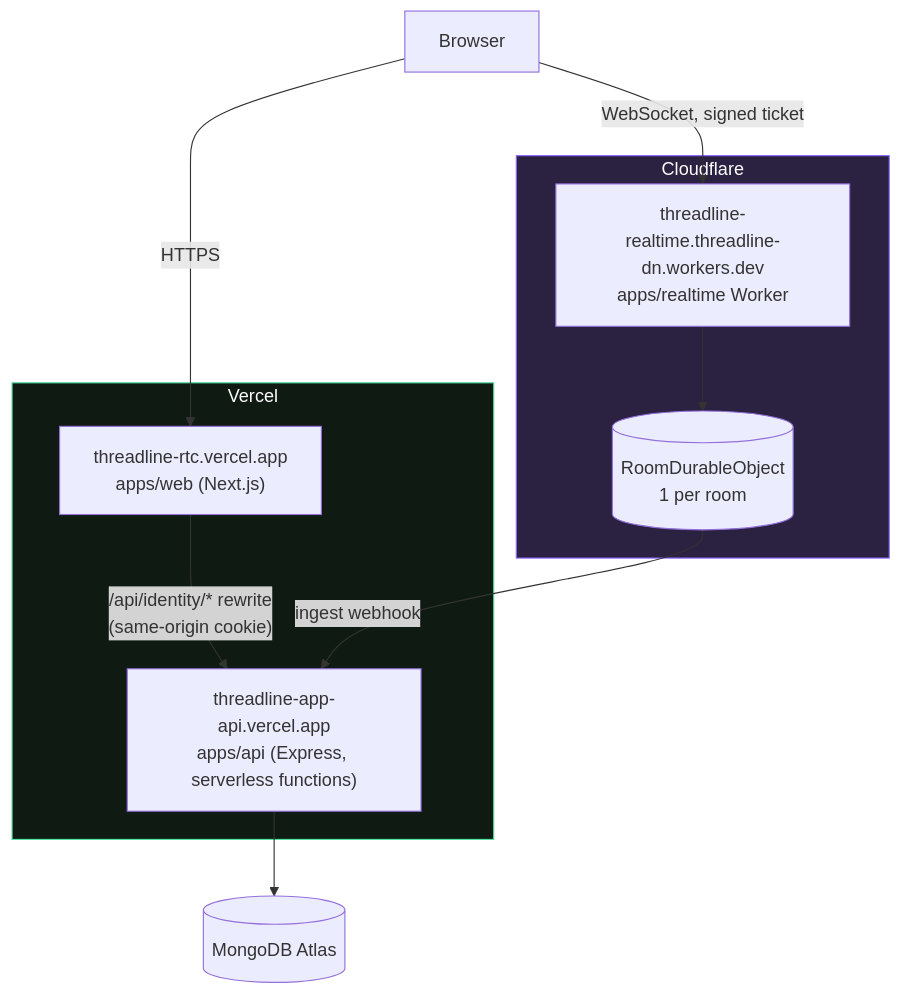
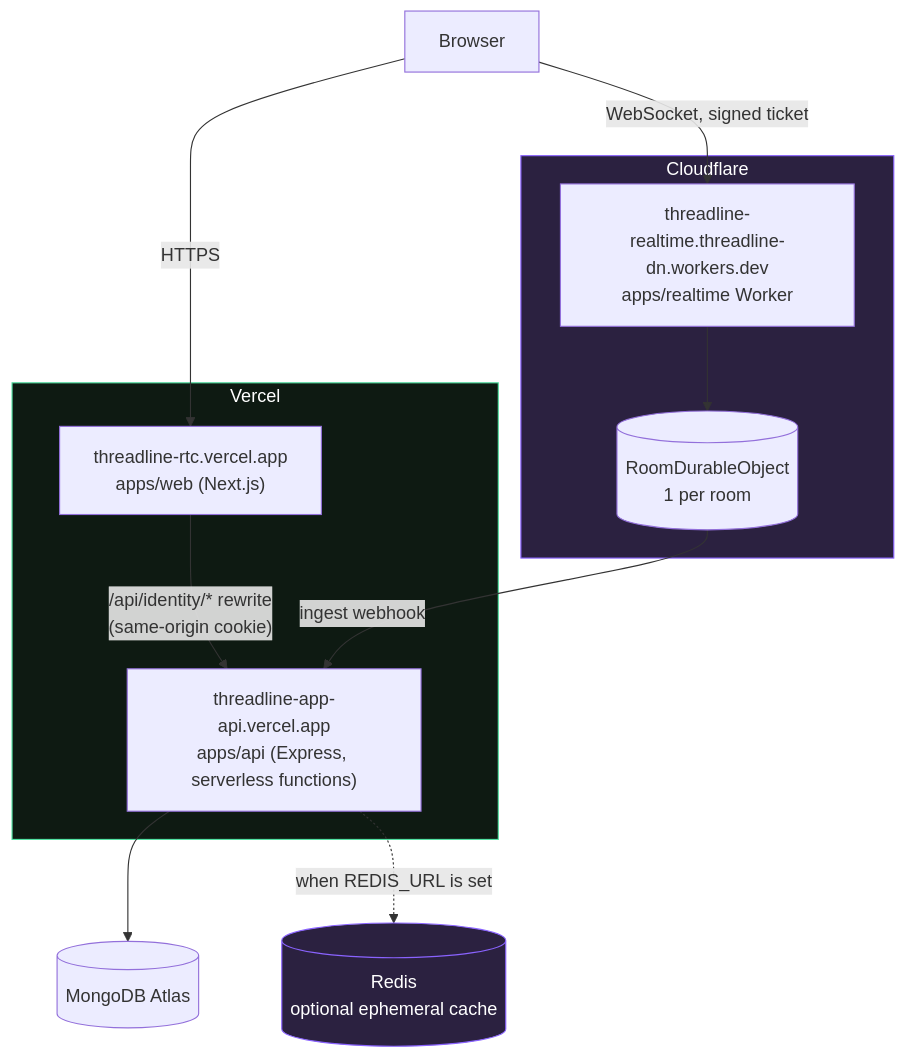
One commit to hoangsonww/Threadline-RealTime-Collab changed the eighth of 8 diagrams in docs/architecture.md. Above: the diagram before and after it, drawn with Mermaid. The commit also changed other lines of this file and 17 other files, not shown here.

````diff
--- a/docs/architecture.md
+++ b/docs/architecture.md
@@ -387,26 +395,29 @@
 ```mermaid
 graph TB
     Browser["Browser"]
 
     subgraph vercel["Vercel"]
         webApp["threadline-rtc.vercel.app<br/>apps/web (Next.js)"]
         apiApp["threadline-app-api.vercel.app<br/>apps/api (Express, serverless functions)"]
     end
 
     subgraph cf["Cloudflare"]
         worker["threadline-realtime.threadline-dn.workers.dev<br/>apps/realtime Worker"]
         do[("RoomDurableObject<br/>1 per room")]
     end
 
     atlas[("MongoDB Atlas")]
+    redis[("Redis<br/>optional ephemeral cache")]
 
     Browser -->|"HTTPS"| webApp
     webApp -->|"/api/identity/* rewrite<br/>(same-origin cookie)"| apiApp
     Browser -->|"WebSocket, signed ticket"| worker
     worker --> do
     do -->|"ingest webhook"| apiApp
     apiApp --> atlas
+    apiApp -.->|"when REDIS_URL is set"| redis
 
     style vercel fill:#0e1a12,stroke:#52e0a2,color:#fff
     style cf fill:#2b2140,stroke:#8a63ff,color:#fff
+    style redis fill:#2b2140,stroke:#8a63ff,color:#fff
 ```
````
